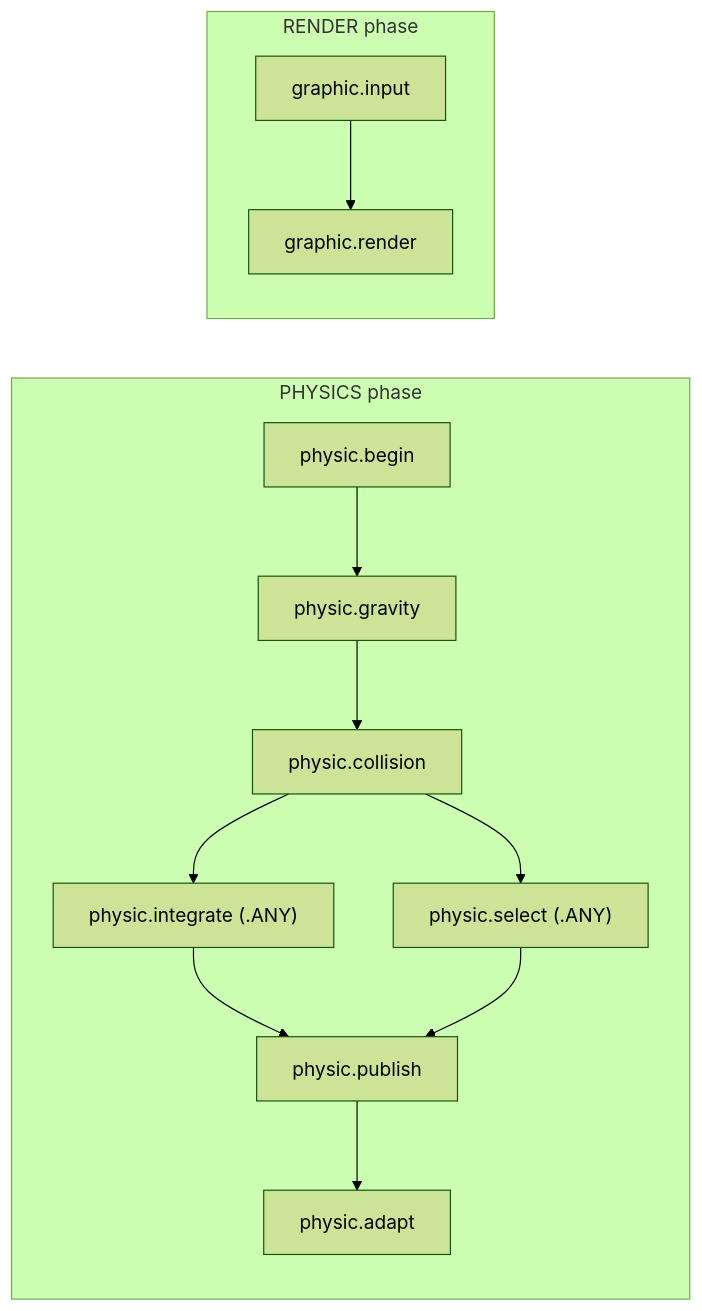
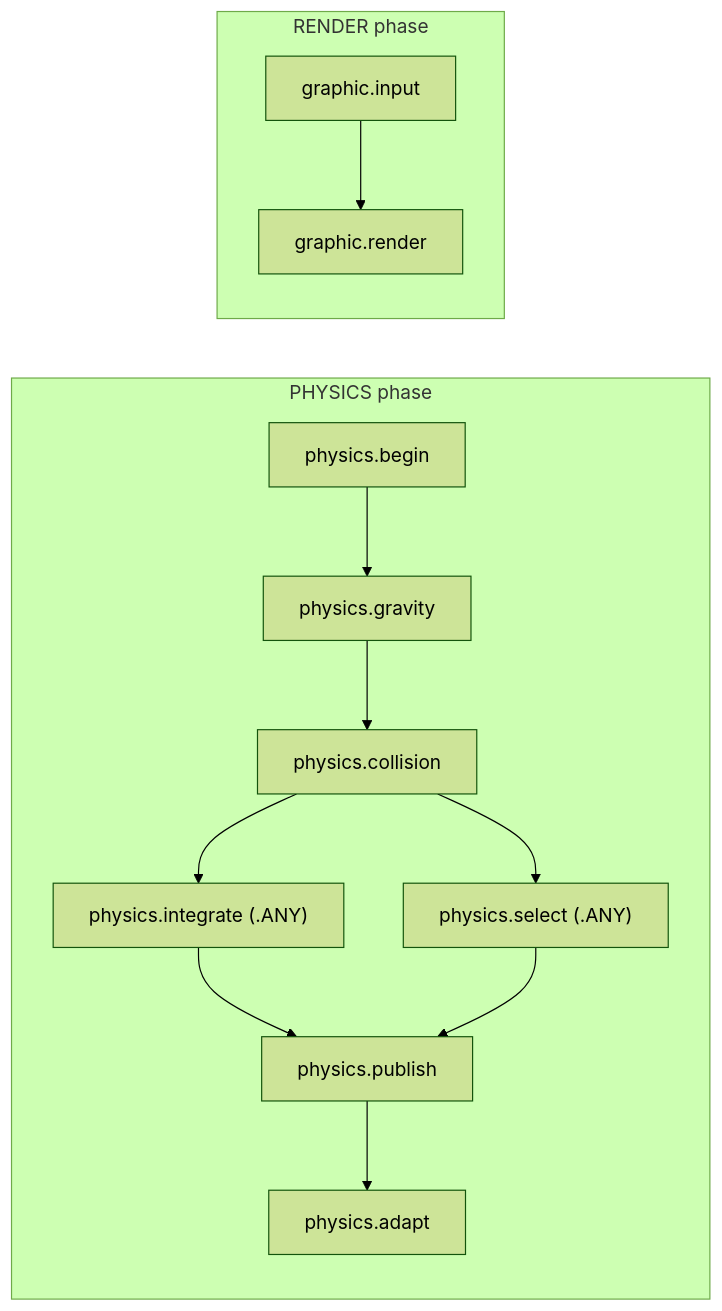
One commit to TanukiConDos/Gravity-Simulator changed the third of 5 diagrams in docs/ecs.md. Above: the diagram before and after it, drawn with Mermaid (forest theme). The commit also changed other lines of this file and 115 other files, not shown here.

````diff
--- a/docs/ecs.md
+++ b/docs/ecs.md
@@ -231,16 +231,16 @@
 ```mermaid
 flowchart LR
     subgraph PHYSICS["PHYSICS phase"]
-        begin["physic.begin"] --> gravity["physic.gravity"]
-        gravity --> collision["physic.collision"]
-        collision --> integrate["physic.integrate (.ANY)"]
-        collision --> select["physic.select (.ANY)"]
-        integrate --> publish["physic.publish"]
+        begin["physics.begin"] --> gravity["physics.gravity"]
+        gravity --> collision["physics.collision"]
+        collision --> integrate["physics.integrate (.ANY)"]
+        collision --> select["physics.select (.ANY)"]
+        integrate --> publish["physics.publish"]
         select --> publish
-        publish --> adapt["physic.adapt"]
+        publish --> adapt["physics.adapt"]
     end
 
     subgraph RENDER["RENDER phase"]
         input["graphic.input"] --> render["graphic.render"]
     end
 ```
````
